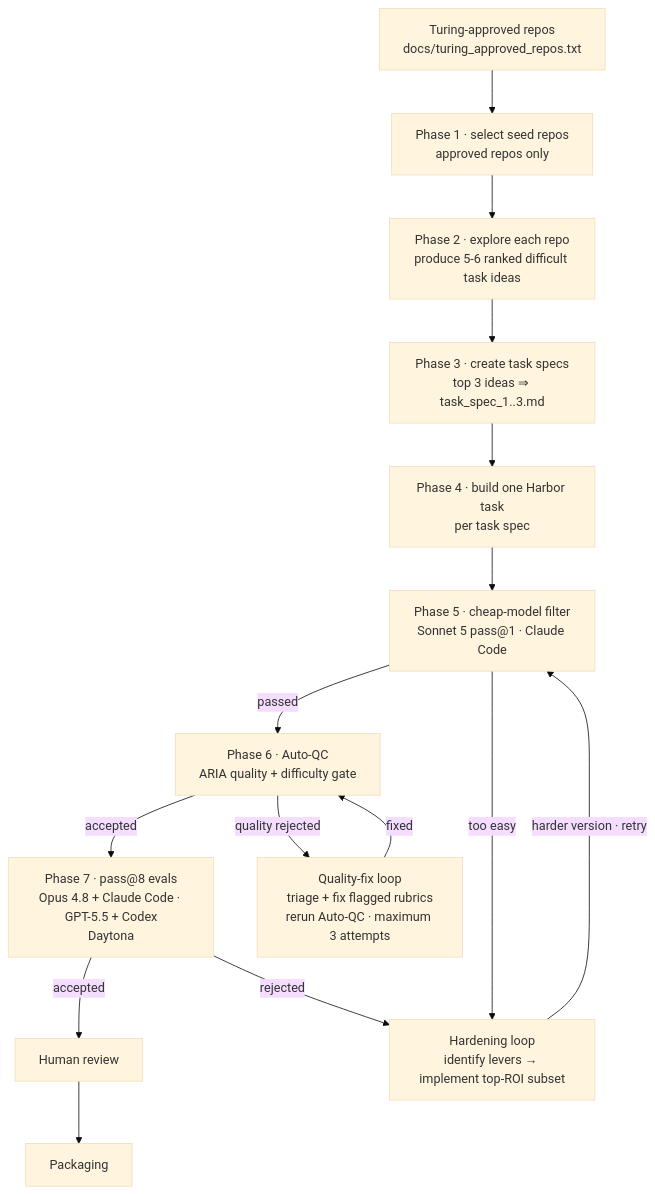
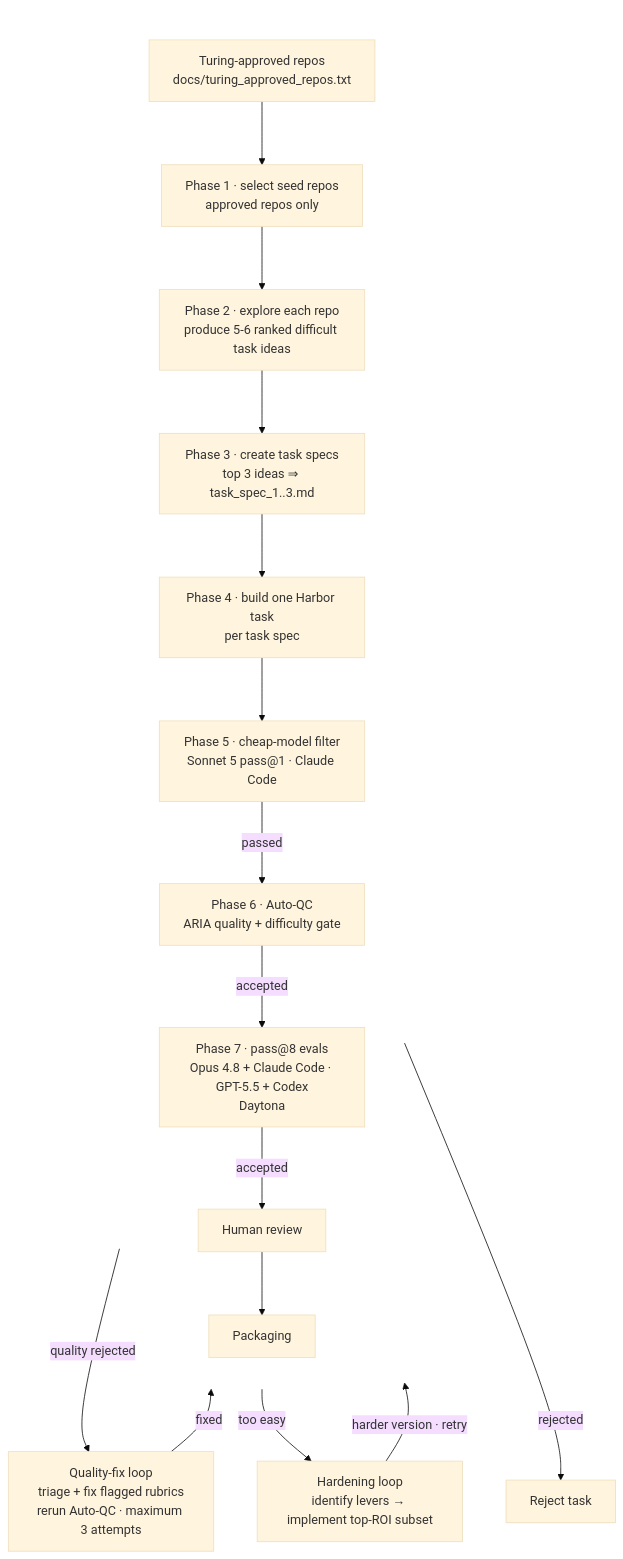
One commit to vivekp-turing/dataset_task_creation changed the diagram in README.md. Above: the diagram before and after it, drawn with Mermaid (base theme). The commit also changed other lines of this file, not shown here.

Commit message:
removed auto hardening from phase 7 evals

````diff
--- a/README.md
+++ b/README.md
@@ -79,26 +79,31 @@
 ```mermaid
 %%{init: {"flowchart": {"curve": "basis", "nodeSpacing": 55, "rankSpacing": 55}}}%%
 flowchart TB
-    A[Turing-approved repos<br/>docs/turing_approved_repos.txt]
-    P1[Phase 1 · select seed repos<br/>approved repos only]
-    P2[Phase 2 · explore each repo<br/>produce 5-6 ranked difficult task ideas]
-    P3[Phase 3 · create task specs<br/>top 3 ideas ⇒ task_spec_1..3.md]
-    P4[Phase 4 · build one Harbor task<br/>per task spec]
-    P5[Phase 5 · cheap-model filter<br/>Sonnet 5 pass@1 · Claude Code]
-    P6[Phase 6 · Auto-QC<br/>ARIA quality + difficulty gate]
-    P7[Phase 7 · pass@8 evals<br/>Opus 4.8 + Claude Code · GPT-5.5 + Codex<br/>Daytona]
-    HR[Human review]
-    PK[Packaging]
+    subgraph ACCEPTED_PATH[" "]
+        direction TB
+        A[Turing-approved repos<br/>docs/turing_approved_repos.txt]
+        P1[Phase 1 · select seed repos<br/>approved repos only]
+        P2[Phase 2 · explore each repo<br/>produce 5-6 ranked difficult task ideas]
+        P3[Phase 3 · create task specs<br/>top 3 ideas ⇒ task_spec_1..3.md]
+        P4[Phase 4 · build one Harbor task<br/>per task spec]
+        P5[Phase 5 · cheap-model filter<br/>Sonnet 5 pass@1 · Claude Code]
+        P6[Phase 6 · Auto-QC<br/>ARIA quality + difficulty gate]
+        P7[Phase 7 · pass@8 evals<br/>Opus 4.8 + Claude Code · GPT-5.5 + Codex<br/>Daytona]
+        HR[Human review]
+        PK[Packaging]
 
-    A --> P1 --> P2 --> P3 --> P4 --> P5
-    P5 -->|passed| P6
-    P6 -->|accepted| P7
-    P7 -->|accepted| HR --> PK
+        A --> P1 --> P2 --> P3 --> P4 --> P5
+        P5 -->|passed| P6
+        P6 -->|accepted| P7
+        P7 -->|accepted| HR --> PK
+    end
+    style ACCEPTED_PATH fill:none,stroke:none
 
     P6 -->|quality rejected| QF[Quality-fix loop<br/>triage + fix flagged rubrics<br/>rerun Auto-QC · maximum 3 attempts]
     QF -->|fixed| P6
 
     P5 -->|too easy| HD[Hardening loop<br/>identify levers → implement top-ROI subset]
-    P7 -->|rejected| HD
     HD -->|harder version · retry| P5
+
+    P7 -->|rejected| RJ[Reject task]
 ```
````
